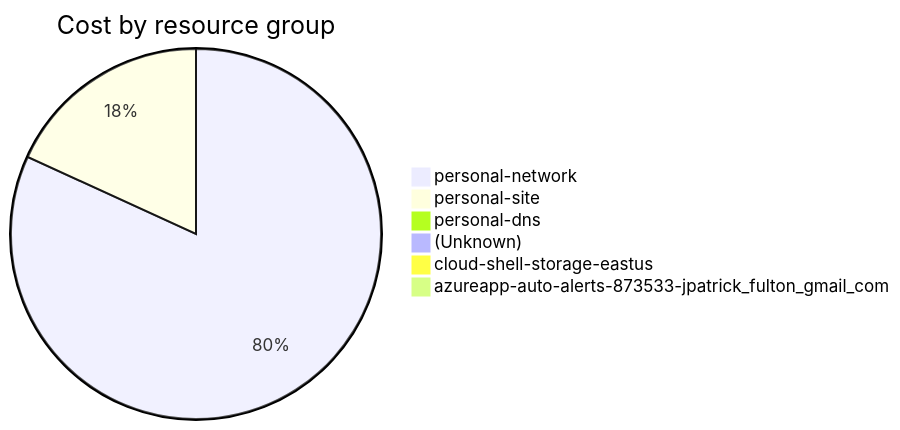
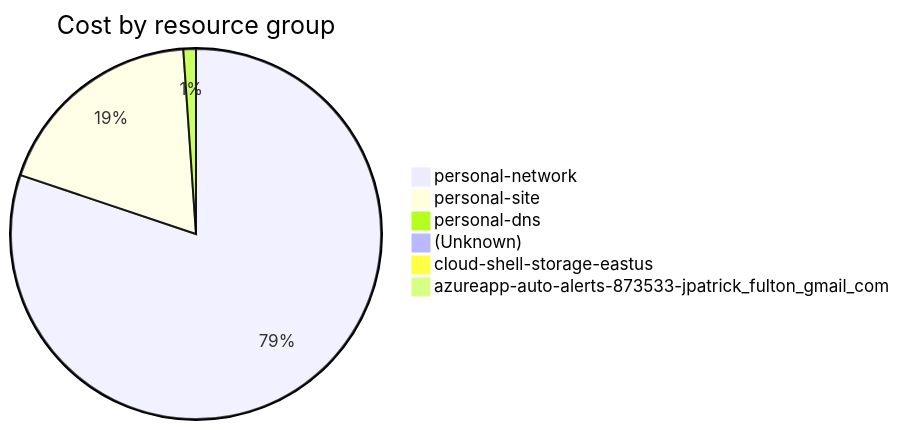
Before and after one commit to jpfulton/azure-personal-reports: the fourth of 4 diagrams in cost-reports/accumulated-cost.md, drawn with Mermaid. The commit also changed other lines of this file and 4 other files, not shown here.

````diff
--- a/cost-reports/accumulated-cost.md
+++ b/cost-reports/accumulated-cost.md
@@ -152,10 +152,10 @@
 ```mermaid
 pie
    title Cost by resource group
-   "personal-network" : 5.00
-   "personal-site" : 1.11
-   "personal-dns" : 0.06
-   "(Unknown)" : 0.05
-   "cloud-shell-storage-eastus" : 0.02
+   "personal-network" : 7.31
+   "personal-site" : 1.71
+   "personal-dns" : 0.10
+   "(Unknown)" : 0.07
+   "cloud-shell-storage-eastus" : 0.03
    "azureapp-auto-alerts-873533-jpatrick_fulton_gmail_com" : 0.00
 ```
````
